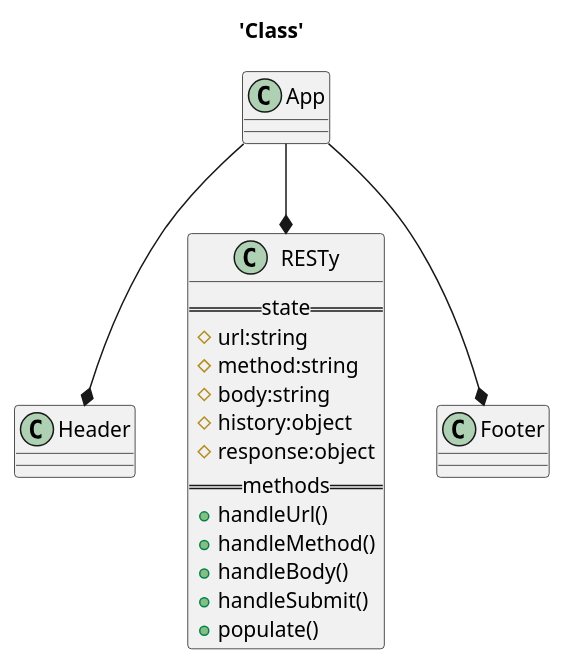
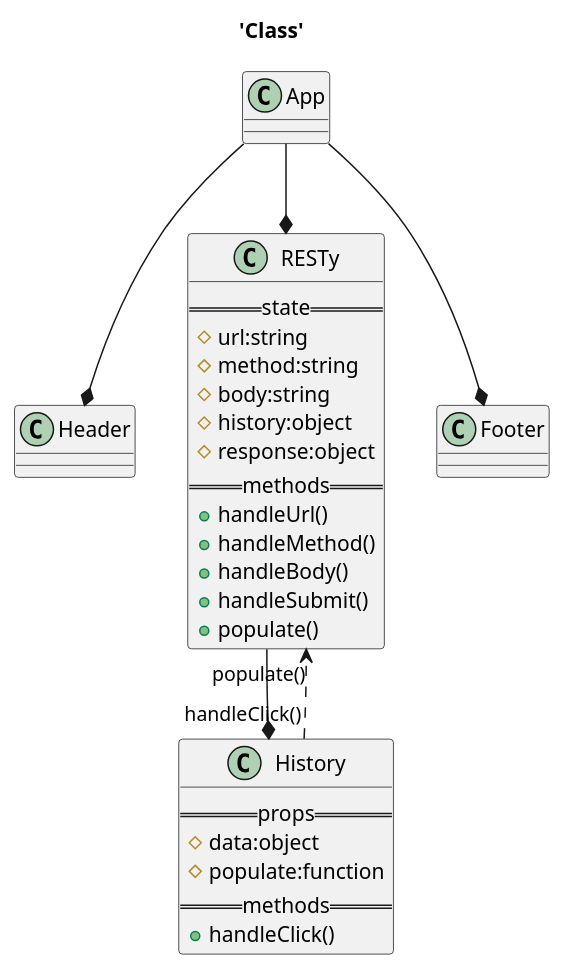
One commit to 401-advanced-javascript-joejemmely/block-05 changed the diagram in class.plantuml. Above: the diagram before and after it, drawn with PlantUML. The commit also changed 1 other file, not shown here.

Commit message:
Update UML

```diff
--- a/class.plantuml
+++ b/class.plantuml
@@ -1,35 +1,45 @@
 @startuml block-05
 
 title 'Class'
 
 class App {
 }
 
 class Header {
 }
 
 
 class RESTy {
   ==state==
   # url:string
   # method:string
   # body:string
   # history:object
   # response:object
   ==methods==
   +handleUrl()
   +handleMethod()
   +handleBody()
   +handleSubmit()
   +populate()
 }
 
+class History {
+  ==props==
+  # data:object
+  # populate:function
+  ==methods==
+  +handleClick()
+}
+
 class Footer {
 }
 
 
 App --* Header
 App --* RESTy
+RESTy --* History
+History "handleClick()" ..> "populate()" RESTy
 App --* Footer
 
 @enduml
```
